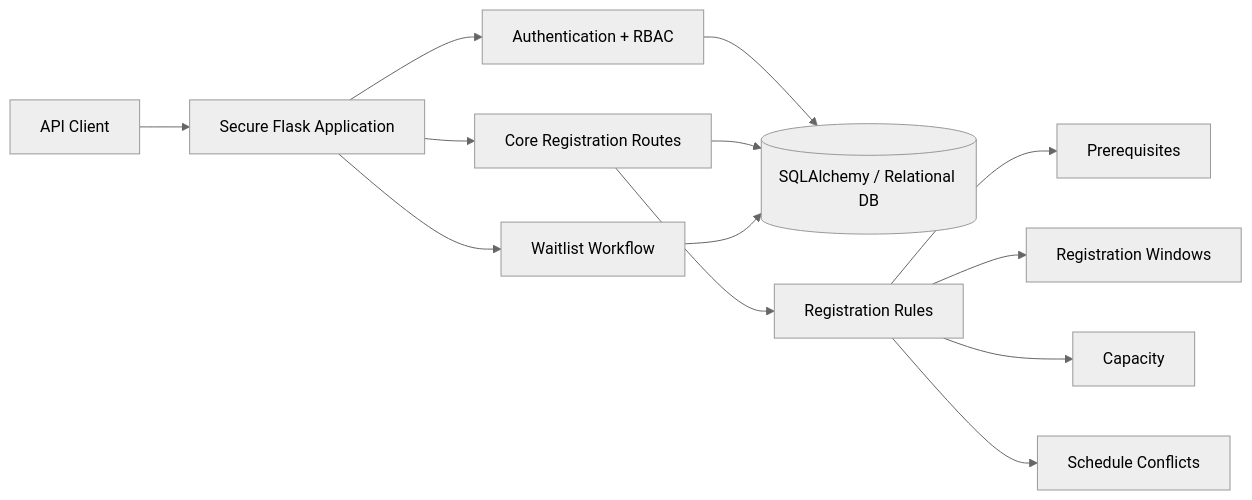
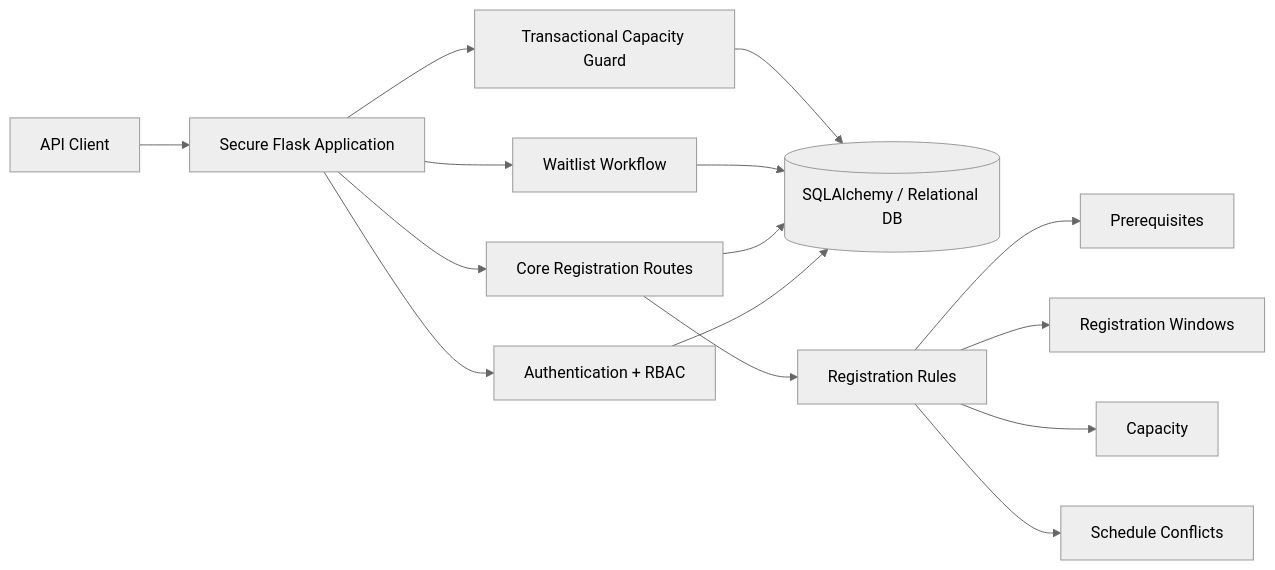
The first of 3 diagrams in README.md (PerpsAkach/course-registration-api), drawn with Mermaid (neutral theme) before and after one commit. The commit also changed other lines of this file, not shown here.

Commit message:
Document migrations PostgreSQL capacity locking and OpenAPI

````diff
--- a/README.md
+++ b/README.md
@@ -49,16 +53,18 @@
 ```mermaid
 flowchart LR
     Client[API Client] --> Runtime[Secure Flask Application]
     Runtime --> Auth[Authentication + RBAC]
     Runtime --> Core[Core Registration Routes]
     Runtime --> Wait[Waitlist Workflow]
+    Runtime --> Capacity[Transactional Capacity Guard]
     Auth --> DB[(SQLAlchemy / Relational DB)]
     Core --> DB
     Wait --> DB
+    Capacity --> DB
 
     Core --> Rules[Registration Rules]
     Rules --> P[Prerequisites]
     Rules --> W[Registration Windows]
     Rules --> C[Capacity]
     Rules --> S[Schedule Conflicts]
 ```
````
